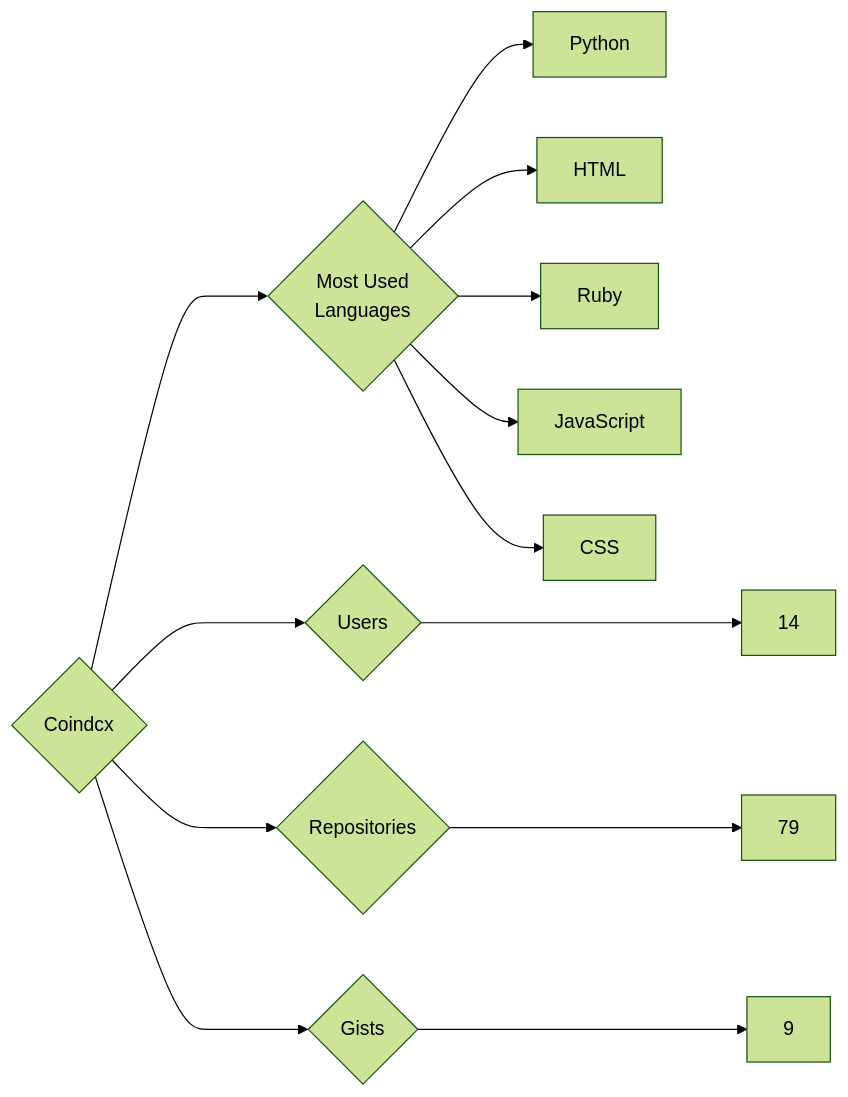
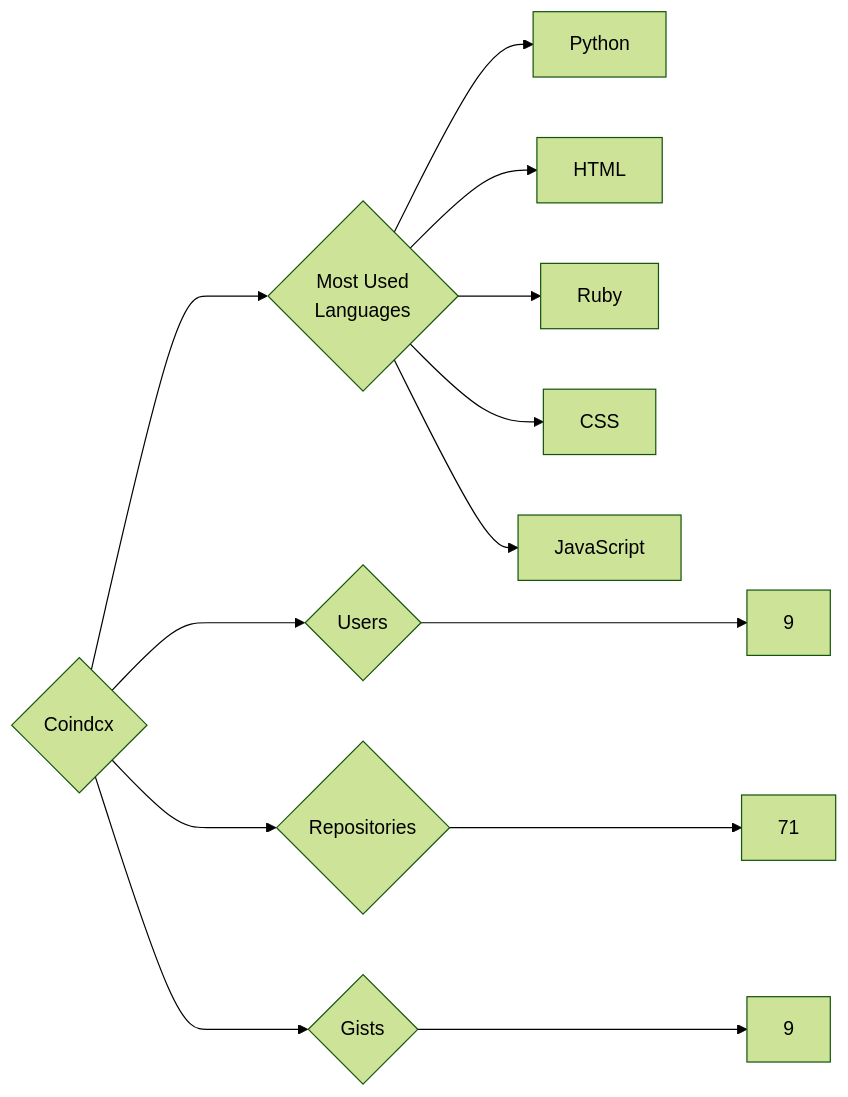
The diagram in targets/Coindcx/README.md (trickest/insiders), drawn with Mermaid (forest theme) before and after one commit. The commit also changed 1078 other files, not shown here.

````diff
--- a/targets/Coindcx/README.md
+++ b/targets/Coindcx/README.md
@@ -3,13 +3,13 @@
 ```mermaid
 graph LR
 COMPANY_NAME{Coindcx}
-COMPANY_NAME ---> U{Users} ---> UN[14]
-COMPANY_NAME ---> R{Repositories} ---> RN[79]
+COMPANY_NAME ---> U{Users} ---> UN[9]
+COMPANY_NAME ---> R{Repositories} ---> RN[71]
 COMPANY_NAME ---> G{Gists} ---> GN[9]
 COMPANY_NAME ---> ML{Most Used<br>Languages}
 ML --> Python[Python]
 ML --> HTML[HTML]
 ML --> Ruby[Ruby]
+ML --> CSS[CSS]
 ML --> JavaScript[JavaScript]
-ML --> CSS[CSS]
 ```
````
